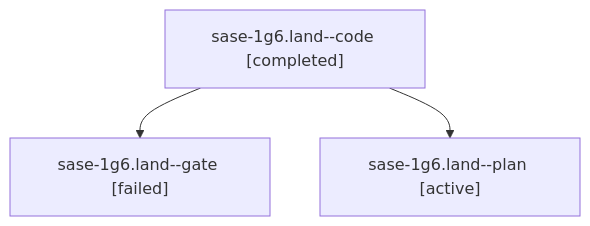
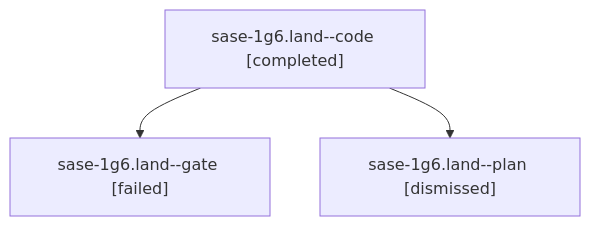
One commit to sase-org/sase--agents changed the diagram in sessions/bbugyi200.apollo.sase-1g6.land.md. Above: the diagram before and after it, drawn with Mermaid. The commit also changed other lines of this file and 259 other files, not shown here.

````diff
--- a/sessions/bbugyi200.apollo.sase-1g6.land.md
+++ b/sessions/bbugyi200.apollo.sase-1g6.land.md
@@ -9,8 +9,8 @@
 ```mermaid
 flowchart TD
   n0["sase-1g6.land--code [completed]"]
   n1["sase-1g6.land--gate [failed]"]
   n0 --> n1
-  n2["sase-1g6.land--plan [active]"]
+  n2["sase-1g6.land--plan [dismissed]"]
   n0 --> n2
 ```
````
